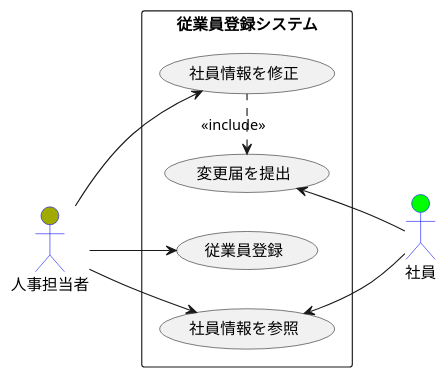
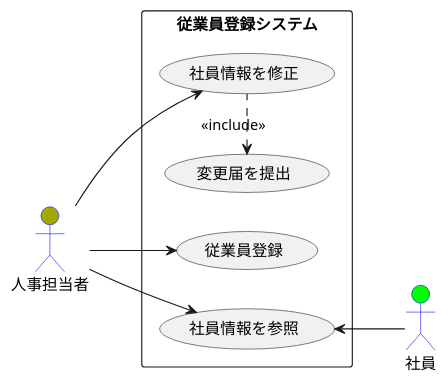
The diagram in 演習2-6_盛岡システム_従業員登録システム.pu (yutta444/uml-introduction), drawn with PlantUML before and after one commit. The commit also changed 1 other file, not shown here.

```diff
--- a/演習2-6_盛岡システム_従業員登録システム.pu
+++ b/演習2-6_盛岡システム_従業員登録システム.pu
@@ -1,17 +1,17 @@
 @startuml startuml 例題1
 left to right direction
 actor 社員 #00ff00;line:Green;line:blue;
 actor 人事担当者 #a0aa00;line:Green;line:blue;
 rectangle 従業員登録システム {
 usecase 従業員登録
 usecase 社員情報を修正
 usecase 変更届を提出
 usecase 社員情報を参照
 }
 人事担当者 --> 従業員登録
 人事担当者 --> 社員情報を修正
 変更届を提出 <. 社員情報を修正: <<include>>
 社員情報を参照 <-- 社員
 人事担当者 --> 社員情報を参照
-変更届を提出 <-- 社員
+
 @enduml
```
